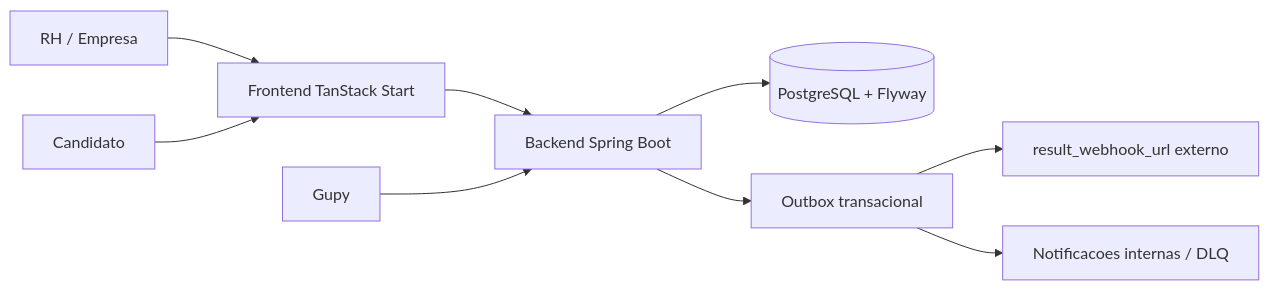
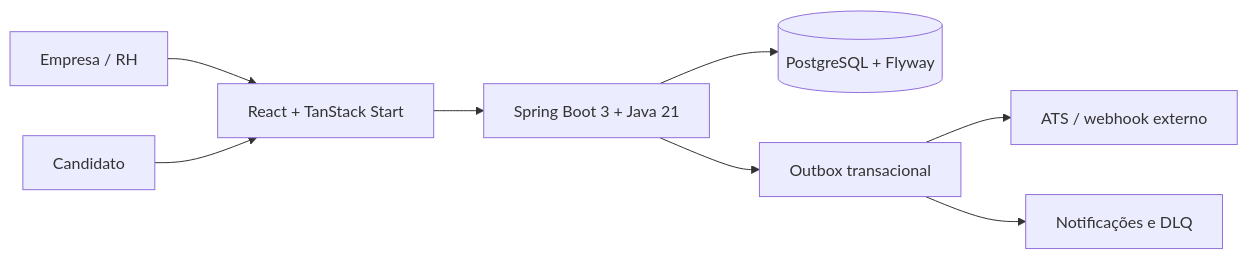
The second of 2 diagrams in README.md (diogo2806/praxis), drawn with Mermaid before and after one commit. The commit also changed other lines of this file, not shown here.

````diff
--- a/README.md
+++ b/README.md
@@ -110,11 +47,10 @@
 ```mermaid
 flowchart LR
-  RH["RH / Empresa"] --> FE["Frontend TanStack Start"]
-  CAND["Candidato"] --> FE
-  FE --> API["Backend Spring Boot"]
-  GUPY["Gupy"] --> API
-  API --> DB[("PostgreSQL + Flyway")]
-  API --> OUTBOX["Outbox transacional"]
-  OUTBOX --> WEBHOOK["result_webhook_url externo"]
-  OUTBOX --> NOTIF["Notificacoes internas / DLQ"]
+  RH[Empresa / RH] --> FE[React + TanStack Start]
+  Candidato --> FE
+  FE --> API[Spring Boot 3 + Java 21]
+  API --> DB[(PostgreSQL + Flyway)]
+  API --> Outbox[Outbox transacional]
+  Outbox --> ATS[ATS / webhook externo]
+  Outbox --> Ops[Notificações e DLQ]
 ```
````
